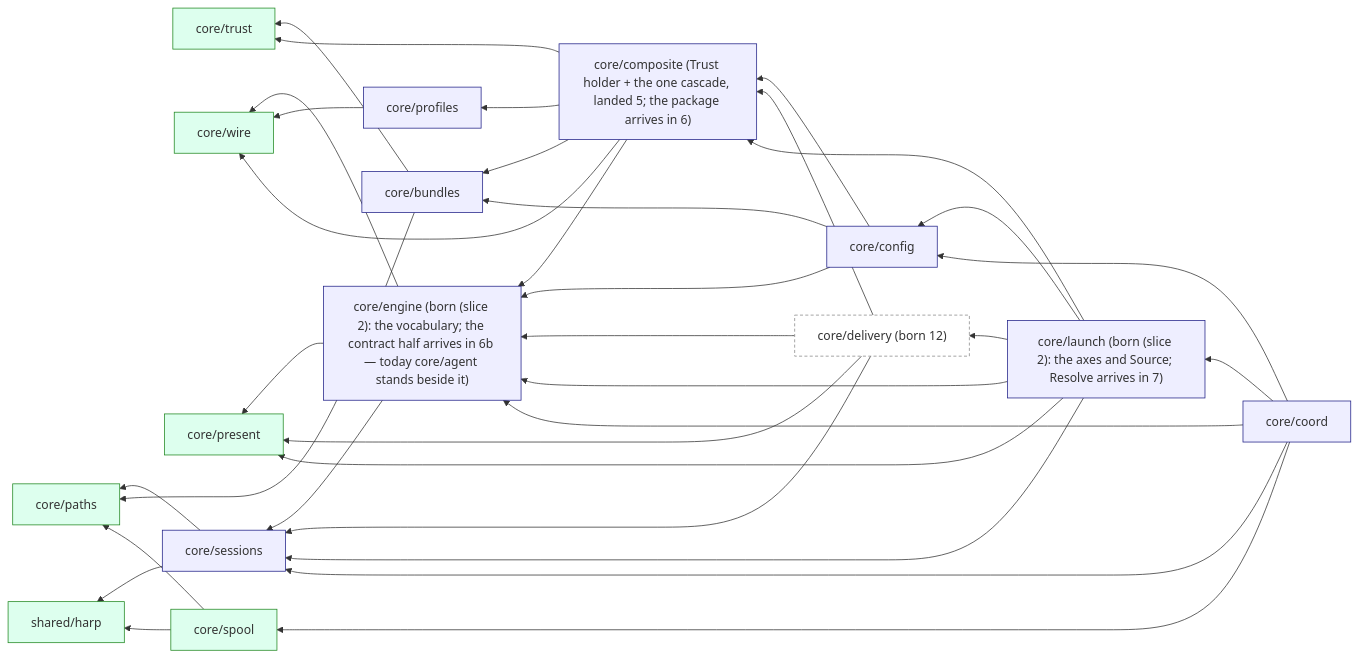
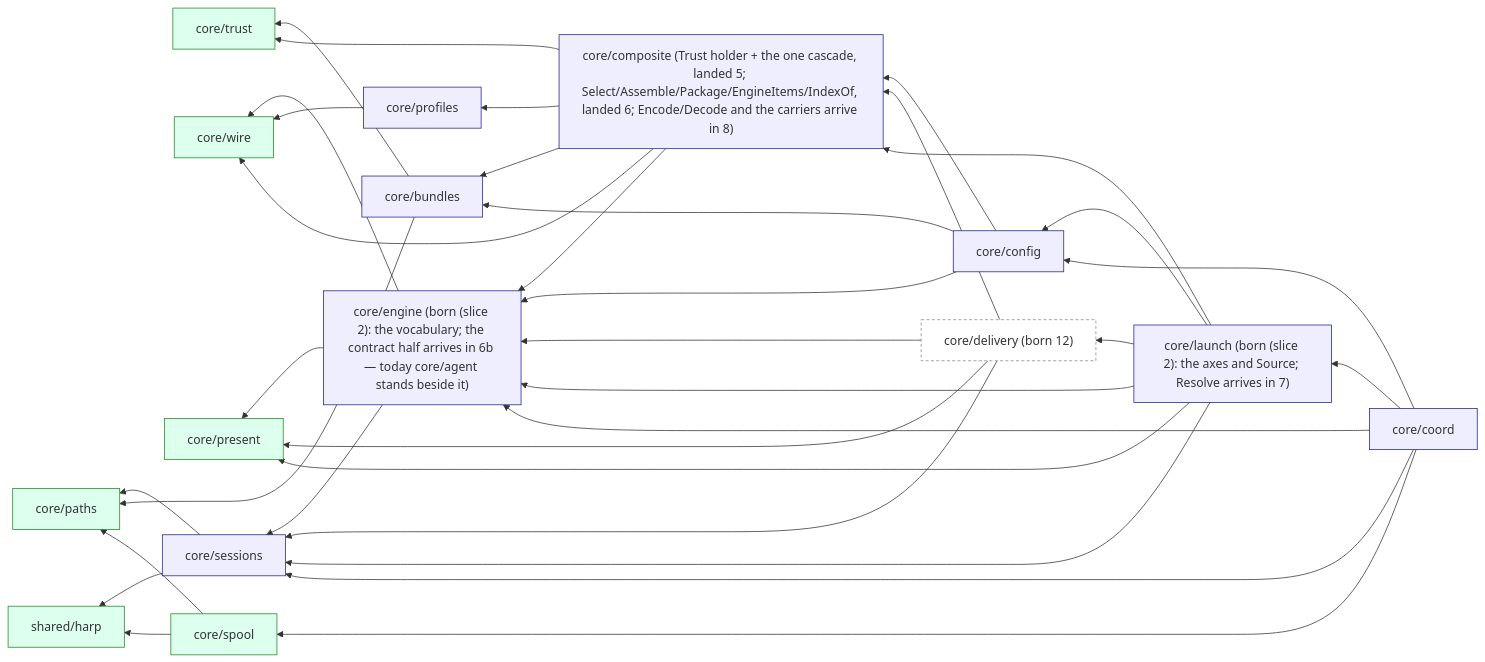
Before and after one commit to ctxloom/ctxloom: the first of 5 diagrams in docs/architecture/audit-2026-09-18/30-decided-architecture.md, drawn with Mermaid. The commit also changed other lines of this file and 3 other files, not shown here.

First line of the commit message:
docs(architecture): composite.md is born; §1.1, §2.1, §2.2 and §2.3 carry the landed package; launch.md's assembler row is corrected

````diff
--- a/docs/architecture/audit-2026-09-18/30-decided-architecture.md
+++ b/docs/architecture/audit-2026-09-18/30-decided-architecture.md
@@ -59,31 +59,31 @@
 ```mermaid
 flowchart RL
   classDef leaf fill:#dfe,stroke:#282
   classDef core fill:#eef,stroke:#228
   classDef later fill:#fff,stroke:#888,stroke-dasharray:4 3
   HARP[shared/harp]:::leaf
   PATHS[core/paths]:::leaf
   TRUST[core/trust]:::leaf
   WIRE[core/wire]:::leaf
   PRES[core/present]:::leaf
   SPOOL[core/spool]:::leaf
   SESS[core/sessions]:::core
   ENG["core/engine (born (slice 2): the vocabulary; the contract half arrives in 6b — today core/agent stands beside it)"]:::core
   BUN[core/bundles]:::core
   PROF[core/profiles]:::core
-  COMP["core/composite (Trust holder + the one cascade, landed 5; the package arrives in 6)"]:::core
+  COMP["core/composite (Trust holder + the one cascade, landed 5; Select/Assemble/Package/EngineItems/IndexOf, landed 6; Encode/Decode and the carriers arrive in 8)"]:::core
   CFG[core/config]:::core
   DELIV["core/delivery (born 12)"]:::later
   LAUNCH["core/launch (born (slice 2): the axes and Source; Resolve arrives in 7)"]:::core
   COORD[core/coord]:::core
   SESS --> PATHS & HARP
   ENG --> SESS & PRES & WIRE
   BUN --> TRUST & PATHS
   PROF --> WIRE
   COMP --> BUN & PROF & TRUST & WIRE & ENG
   CFG --> BUN & COMP & ENG
   DELIV --> ENG & COMP & PRES & SESS
   LAUNCH --> ENG & COMP & DELIV & SESS & CFG & PRES
   COORD --> SESS & SPOOL & LAUNCH & CFG & ENG
   SPOOL --> PATHS & HARP
 ```
````
